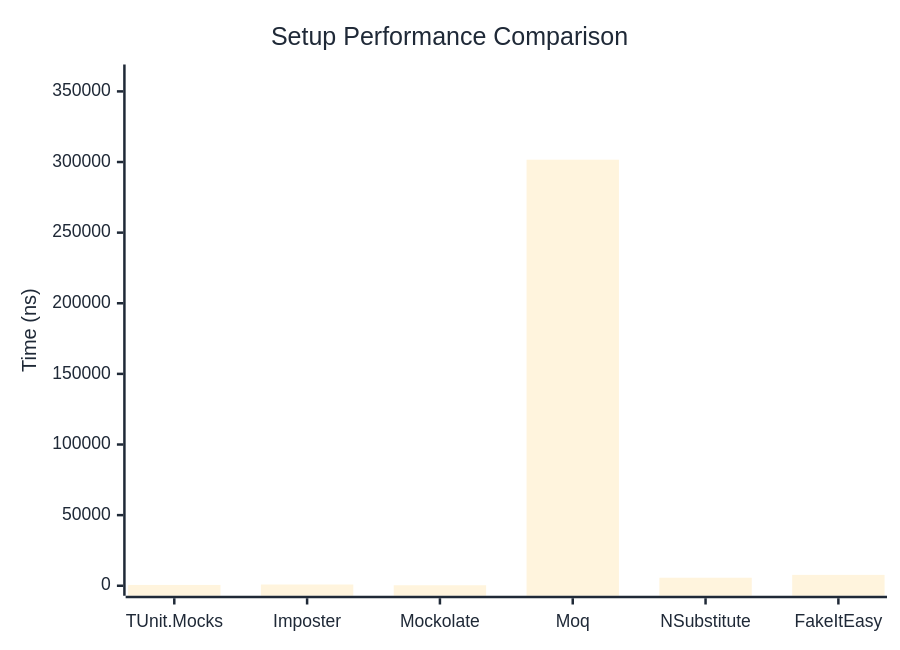
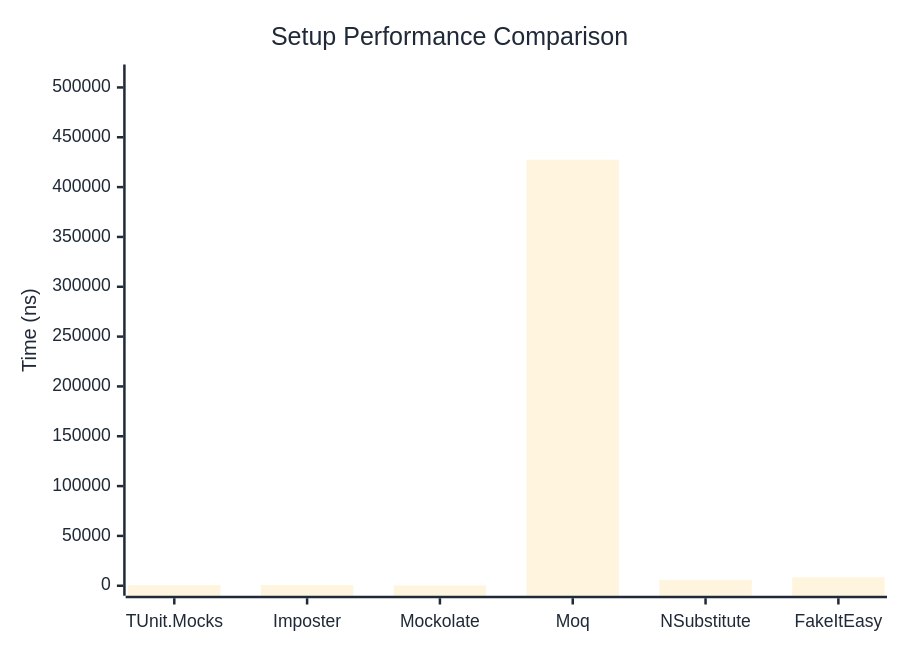
The first of 2 diagrams in docs/docs/benchmarks/mocks/Setup.md (thomhurst/TUnit), drawn with Mermaid before and after one commit. The commit also changed other lines of this file and 14 other files, not shown here.

````diff
--- a/docs/docs/benchmarks/mocks/Setup.md
+++ b/docs/docs/benchmarks/mocks/Setup.md
@@ -30,27 +30,27 @@
 ```mermaid
 %%{init: {
   'theme':'base',
   'themeVariables': {
     'primaryColor': '#2563eb',
     'primaryTextColor': '#1f2937',
     'primaryBorderColor': '#1e40af',
     'lineColor': '#6b7280',
     'secondaryColor': '#7c3aed',
     'tertiaryColor': '#dc2626',
     'background': '#ffffff',
     'pie1': '#2563eb',
     'pie2': '#7c3aed',
     'pie3': '#dc2626',
     'pie4': '#f59e0b',
     'pie5': '#10b981',
     'pie6': '#06b6d4',
     'pie7': '#ec4899',
     'pie8': '#6366f1'
   }
 }}%%
 xychart-beta
   title "Setup Performance Comparison"
   x-axis ["TUnit.Mocks", "Imposter", "Mockolate", "Moq", "NSubstitute", "FakeItEasy"]
-  y-axis "Time (ns)" 0 --> 361966
-  bar [580.5, 879.1, 351.4, 301637.9, 5670.8, 7708.2]
+  y-axis "Time (ns)" 0 --> 512989
+  bar [540.2, 813, 313, 427490.8, 5834.8, 8458.2]
 ```
````
